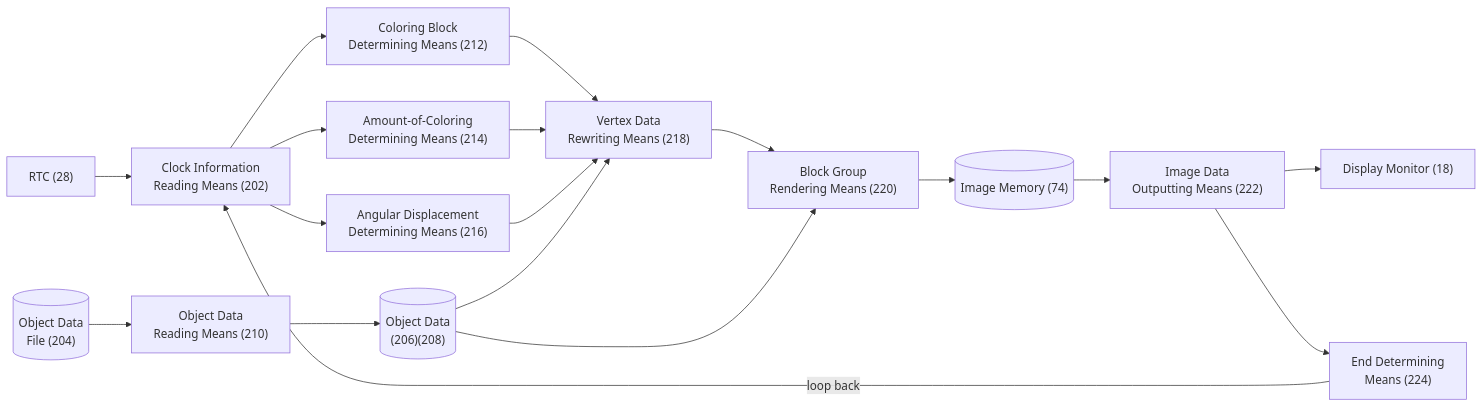
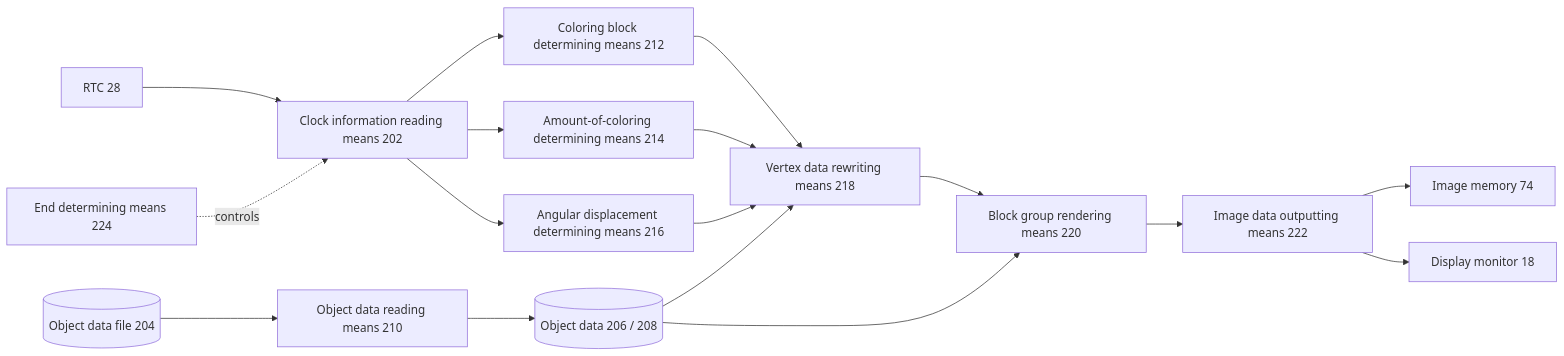
One commit to JeanxPereira/CrystalClockVK changed the second of 11 diagrams in docs/clock_patent/US6693606.md. Above: the diagram before and after it, drawn with Mermaid. The commit also changed other lines of this file and 3 other files, not shown here.

````diff
--- a/docs/clock_patent/US6693606.md
+++ b/docs/clock_patent/US6693606.md
@@ -376,23 +141,22 @@
 ```mermaid
-graph LR
-    RTC["RTC (28)"] --> CIRM["Clock Information\nReading Means (202)"]
-    ODF[("Object Data\nFile (204)")] --> ODRM["Object Data\nReading Means (210)"]
+flowchart LR
+    RTC["RTC 28"] --> CIR["Clock information reading means 202"]
+    ODF[("Object data file 204")] --> ODR["Object data reading means 210"]
+    ODR --> OD[("Object data 206 / 208")]
 
-    CIRM --> CBD["Coloring Block\nDetermining Means (212)"]
-    CIRM --> AOC["Amount-of-Coloring\nDetermining Means (214)"]
-    CIRM --> ADP["Angular Displacement\nDetermining Means (216)"]
-    ODRM --> OD[("Object Data\n(206)(208)")]
+    CIR --> CBD["Coloring block determining means 212"]
+    CIR --> ACD["Amount-of-coloring determining means 214"]
+    CIR --> ADD["Angular displacement determining means 216"]
 
-    CBD --> VDRW["Vertex Data\nRewriting Means (218)"]
-    AOC --> VDRW
-    ADP --> VDRW
-    OD --> VDRW
+    CBD --> VDR["Vertex data rewriting means 218"]
+    ACD --> VDR
+    ADD --> VDR
+    OD --> VDR
 
-    VDRW --> BGRM["Block Group\nRendering Means (220)"]
-    OD --> BGRM
-    BGRM --> IM[("Image Memory (74)")]
-    IM --> IDOP["Image Data\nOutputting Means (222)"]
-    IDOP --> DM["Display Monitor (18)"]
-    IDOP --> EDM["End Determining\nMeans (224)"]
-    EDM -->|"loop back"| CIRM
+    VDR --> BGR["Block group rendering means 220"]
+    OD --> BGR
+    BGR --> IDO["Image data outputting means 222"]
+    IDO --> IM["Image memory 74"]
+    IDO --> DM["Display monitor 18"]
+    EDM["End determining means 224"] -.controls.-> CIR
 ```
````
